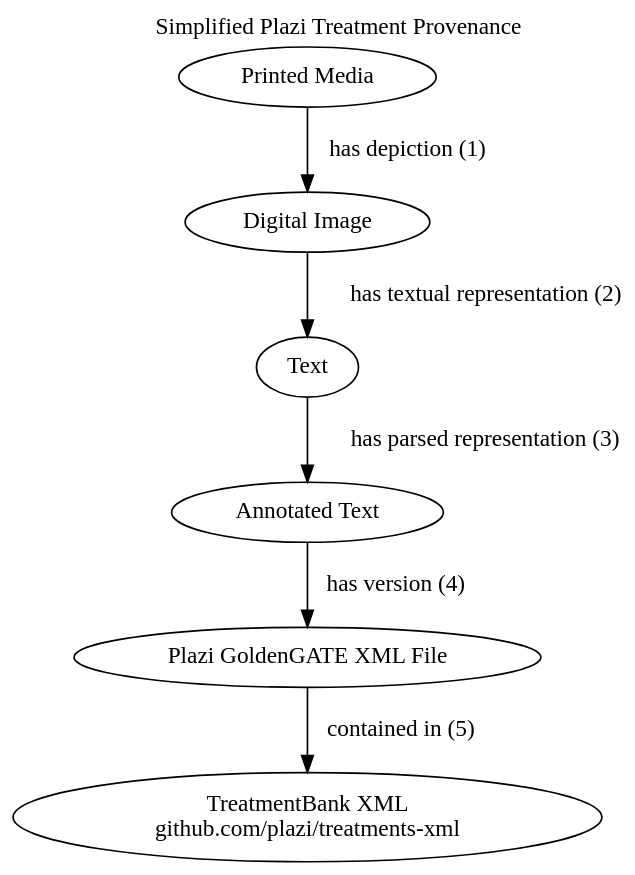
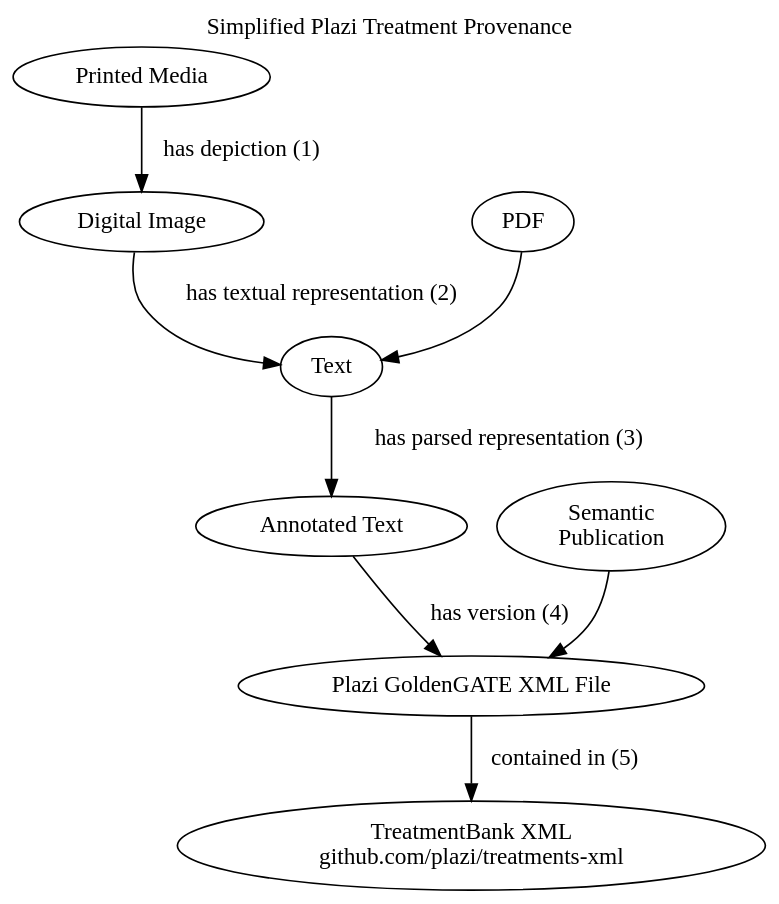
One commit to globalbioticinteractions/globalbioticinteractions.github.io changed the diagram in plazi-zenodo/assets/plazi-provenance.dot. Above: the diagram before and after it, drawn with Graphviz. The commit also changed 1 other file, not shown here.

Commit message:
update simplified plazi workflow diagram

```diff
--- a/plazi-zenodo/assets/plazi-provenance.dot
+++ b/plazi-zenodo/assets/plazi-provenance.dot
@@ -1,21 +1,25 @@
 digraph pairwise {
     bgcolor="transparent";
     labelloc="t";
     label="Simplified Plazi Treatment Provenance";
     a1 [label="Printed Media"];
     b1 [label="Digital Image"];
+    g1 [label="PDF"];
+    h1 [label="Semantic\nPublication"];
     c1 [label="Text"];
     d1 [label="Annotated Text"];
     e1 [label="Plazi GoldenGATE XML File"];
     f1 [label="TreatmentBank XML\ngithub.com/plazi/treatments-xml"];
     //{ rank=same;
     a1 -> b1 [label="has depiction (1)"];
+    g1 -> c1;
     b1 -> c1 [label="has textual representation (2)"];
     //};
     //{ 
 
     c1 -> d1 [label="has parsed representation (3)"];
     d1 -> e1 [label="has version (4)"];
+    h1 -> e1;
     e1 -> f1 [label="contained in (5)"];
     //};
 }
```
